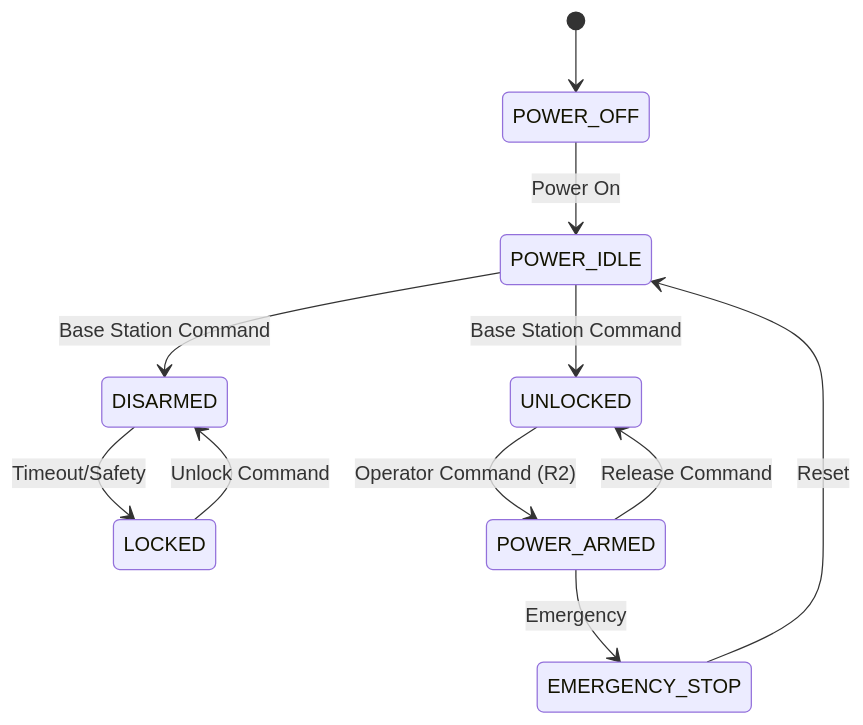
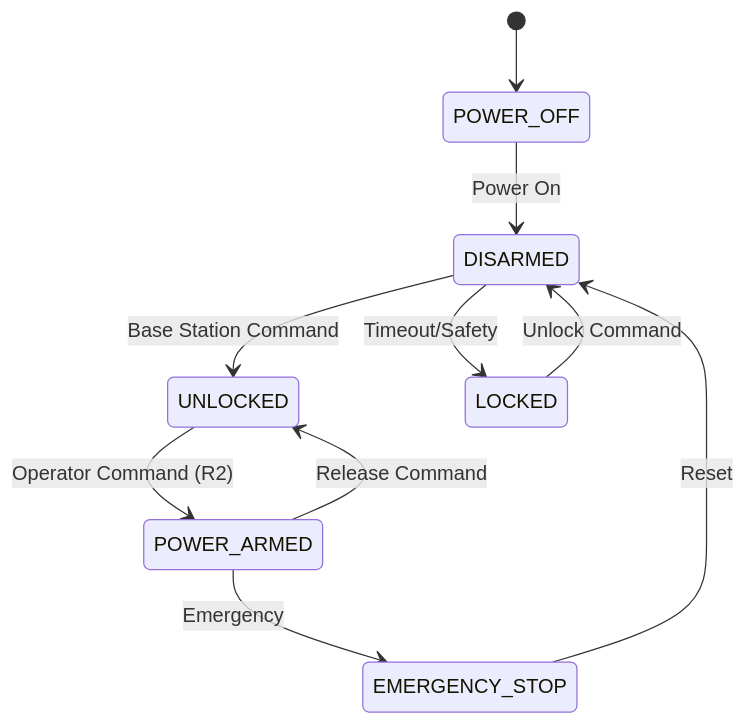
One commit to AryanRai/SIRI-Elec changed the third of 3 diagrams in README.md. Above: the diagram before and after it, drawn with Mermaid. The commit also changed other lines of this file and 5 other files, not shown here.

````diff
--- a/README.md
+++ b/README.md
@@ -298,13 +298,12 @@
 ```mermaid
 stateDiagram-v2
     [*] --> POWER_OFF
-    POWER_OFF --> POWER_IDLE : Power On
-    POWER_IDLE --> DISARMED : Base Station Command
-    POWER_IDLE --> UNLOCKED : Base Station Command
+    POWER_OFF --> DISARMED : Power On
+    DISARMED --> UNLOCKED : Base Station Command
     DISARMED --> LOCKED : Timeout/Safety
     UNLOCKED --> POWER_ARMED : Operator Command (R2)
     POWER_ARMED --> UNLOCKED : Release Command
     LOCKED --> DISARMED : Unlock Command
     POWER_ARMED --> EMERGENCY_STOP : Emergency
-    EMERGENCY_STOP --> POWER_IDLE : Reset
+    EMERGENCY_STOP --> DISARMED : Reset
 ```
````
